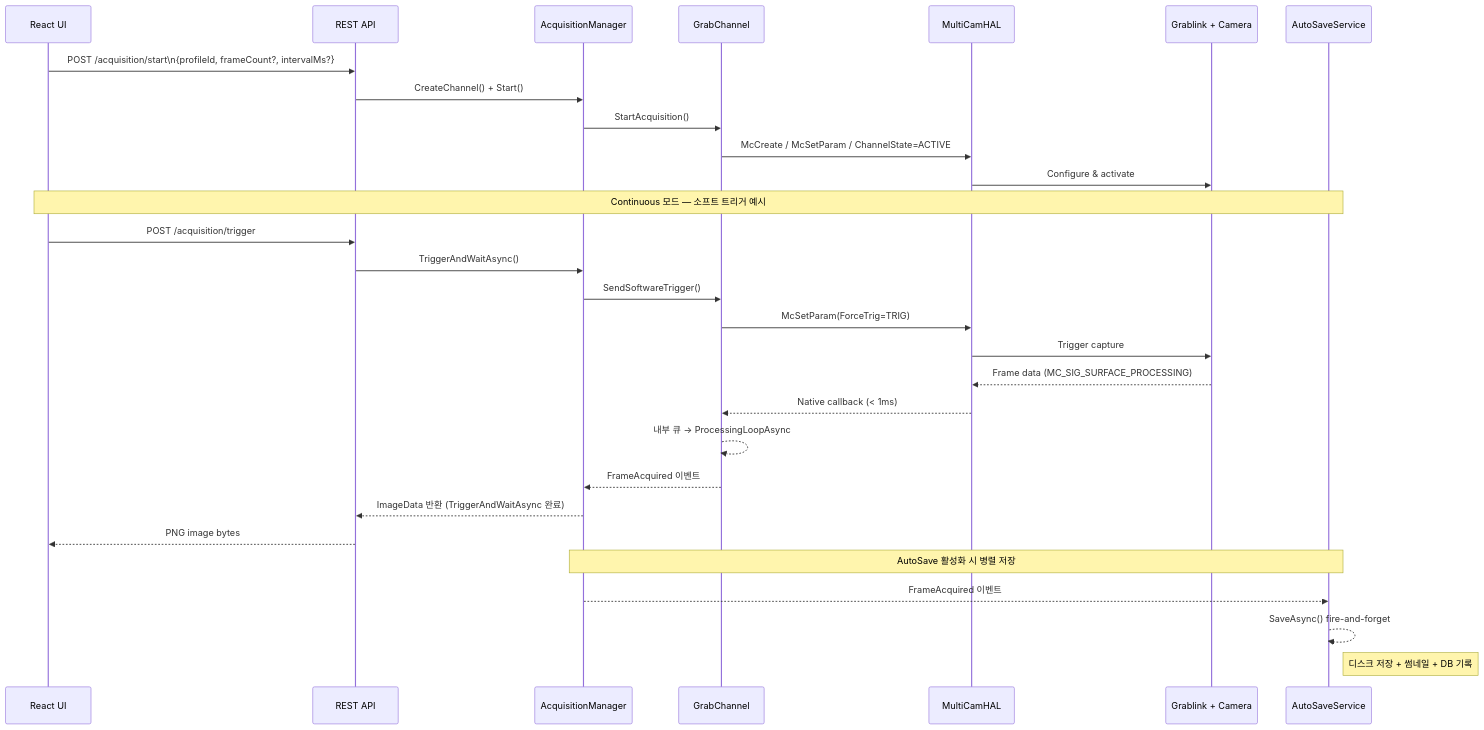
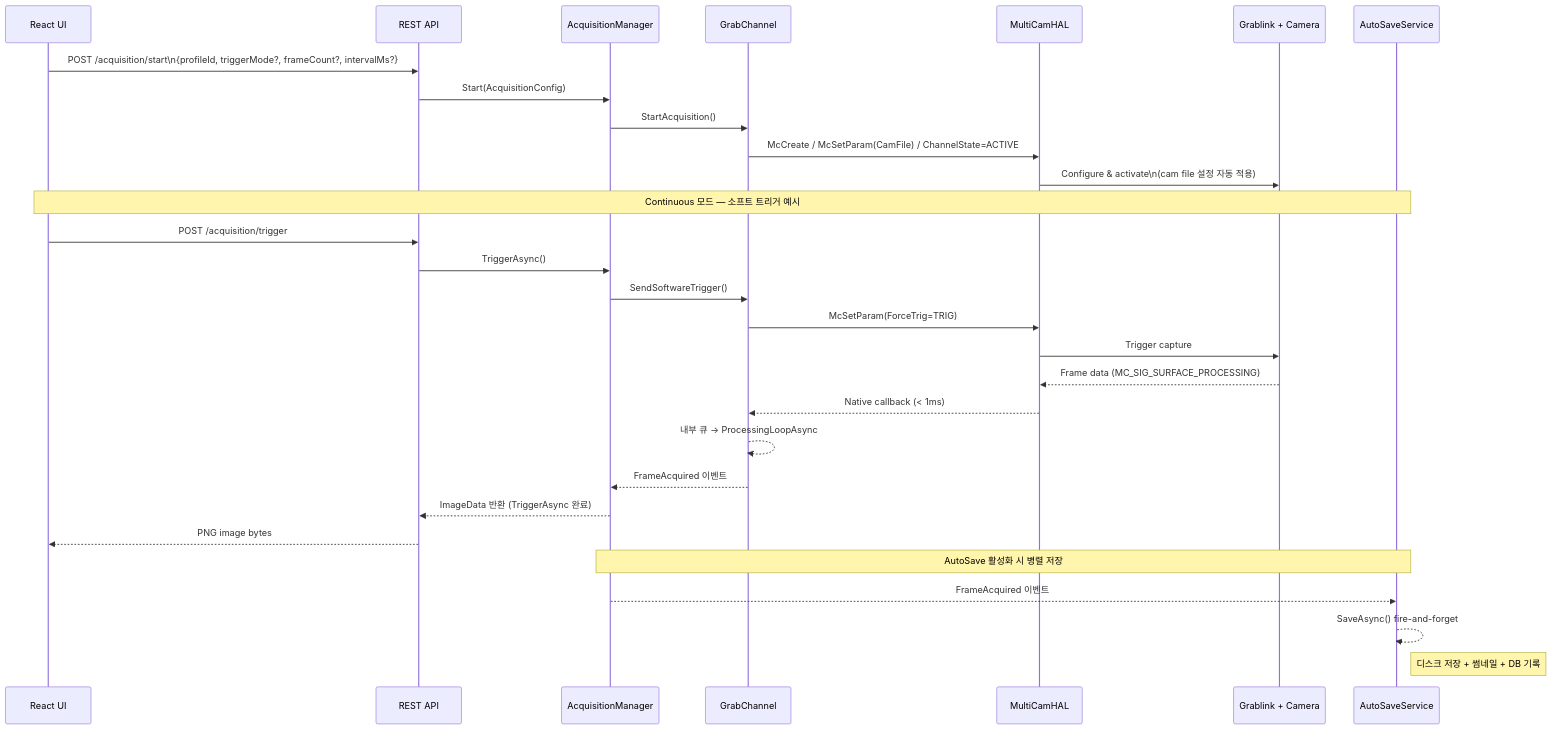
Before and after one commit to peanudge/peanut-factory: the second of 2 diagrams in OVERVIEW.md, drawn with Mermaid. The commit also changed other lines of this file, not shown here.

First line of the commit message:
docs: update OVERVIEW.md — remove calibration, reflect current architecture

````diff
--- a/OVERVIEW.md
+++ b/OVERVIEW.md
@@ -167,35 +167,35 @@
 ```mermaid
 sequenceDiagram
     participant UI as React UI
     participant API as REST API
     participant ACQM as AcquisitionManager
     participant CH as GrabChannel
     participant HAL as MultiCamHAL
     participant HW as Grablink + Camera
     participant SAVE as AutoSaveService
 
-    UI->>API: POST /acquisition/start\n{profileId, frameCount?, intervalMs?}
-    API->>ACQM: CreateChannel() + Start()
+    UI->>API: POST /acquisition/start\n{profileId, triggerMode?, frameCount?, intervalMs?}
+    API->>ACQM: Start(AcquisitionConfig)
     ACQM->>CH: StartAcquisition()
-    CH->>HAL: McCreate / McSetParam / ChannelState=ACTIVE
-    HAL->>HW: Configure & activate
+    CH->>HAL: McCreate / McSetParam(CamFile) / ChannelState=ACTIVE
+    HAL->>HW: Configure & activate\n(cam file 설정 자동 적용)
 
     Note over UI,SAVE: Continuous 모드 — 소프트 트리거 예시
     UI->>API: POST /acquisition/trigger
-    API->>ACQM: TriggerAndWaitAsync()
+    API->>ACQM: TriggerAsync()
     ACQM->>CH: SendSoftwareTrigger()
     CH->>HAL: McSetParam(ForceTrig=TRIG)
     HAL->>HW: Trigger capture
 
     HW-->>HAL: Frame data (MC_SIG_SURFACE_PROCESSING)
     HAL-->>CH: Native callback (< 1ms)
     CH-->>CH: 내부 큐 → ProcessingLoopAsync
     CH-->>ACQM: FrameAcquired 이벤트
-    ACQM-->>API: ImageData 반환 (TriggerAndWaitAsync 완료)
+    ACQM-->>API: ImageData 반환 (TriggerAsync 완료)
     API-->>UI: PNG image bytes
 
     Note over ACQM,SAVE: AutoSave 활성화 시 병렬 저장
     ACQM-->>SAVE: FrameAcquired 이벤트
     SAVE-->>SAVE: SaveAsync() fire-and-forget
     Note right of SAVE: 디스크 저장 + 썸네일 + DB 기록
 ```
````
